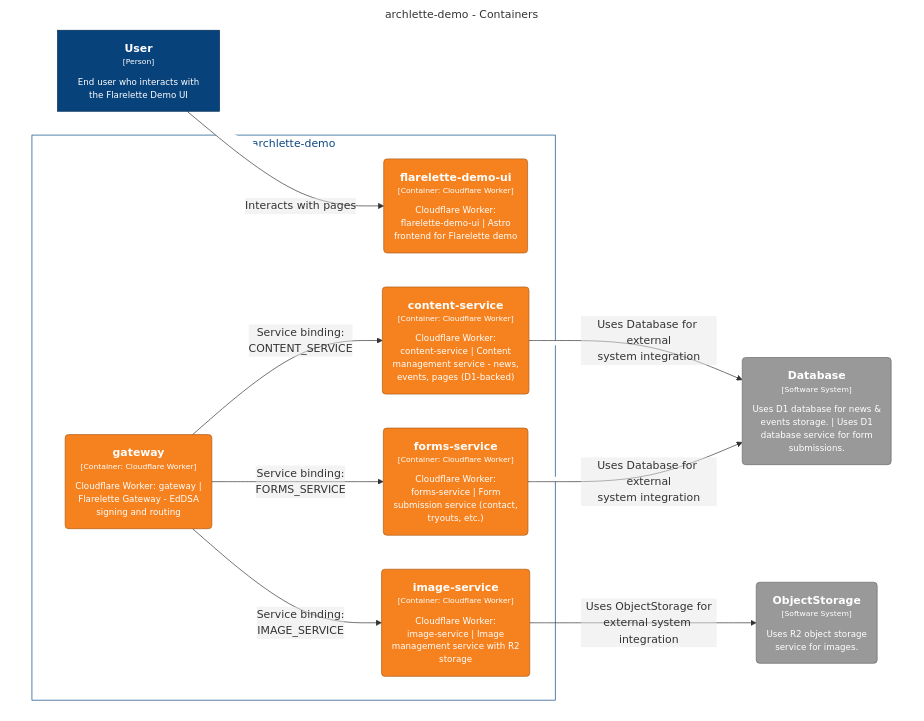
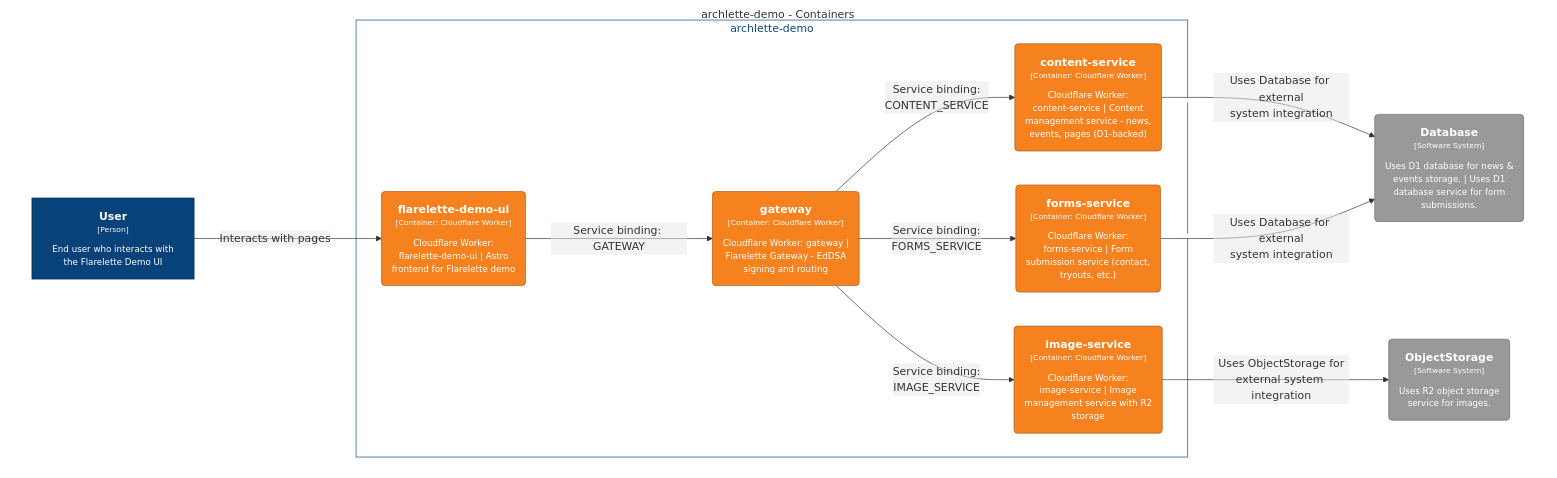
The diagram in docs/architecture/diagrams/mermaid/structurizr-Containers.mmd (chrislyons-dev/flarelette-demo), drawn with Mermaid before and after one commit. The commit also changed 24 other files, not shown here.

```diff
--- a/docs/architecture/diagrams/mermaid/structurizr-Containers.mmd
+++ b/docs/architecture/diagrams/mermaid/structurizr-Containers.mmd
@@ -1,36 +1,37 @@
 graph TB
   linkStyle default fill:#ffffff
 
   subgraph diagram ["archlette-demo - Containers"]
     style diagram fill:#ffffff,stroke:#ffffff
 
     1["<div style='font-weight: bold'>User</div><div style='font-size: 70%; margin-top: 0px'>[Person]</div><div style='font-size: 80%; margin-top:10px'>End user who interacts with<br />the Flarelette Demo UI</div>"]
     style 1 fill:#08427b,stroke:#052e56,color:#ffffff
     2("<div style='font-weight: bold'>Database</div><div style='font-size: 70%; margin-top: 0px'>[Software System]</div><div style='font-size: 80%; margin-top:10px'>Uses D1 database for news &<br />events storage. | Uses D1<br />database service for form<br />submissions.</div>")
     style 2 fill:#999999,stroke:#6b6b6b,color:#ffffff
     3("<div style='font-weight: bold'>ObjectStorage</div><div style='font-size: 70%; margin-top: 0px'>[Software System]</div><div style='font-size: 80%; margin-top:10px'>Uses R2 object storage<br />service for images.</div>")
     style 3 fill:#999999,stroke:#6b6b6b,color:#ffffff
 
     subgraph 4 ["archlette-demo"]
       style 4 fill:#ffffff,stroke:#0b4884,color:#0b4884
 
       19("<div style='font-weight: bold'>content-service</div><div style='font-size: 70%; margin-top: 0px'>[Container: Cloudflare Worker]</div><div style='font-size: 80%; margin-top:10px'>Cloudflare Worker:<br />content-service | Content<br />management service - news,<br />events, pages (D1-backed)</div>")
       style 19 fill:#f6821f,stroke:#ac5b15,color:#ffffff
       25("<div style='font-weight: bold'>forms-service</div><div style='font-size: 70%; margin-top: 0px'>[Container: Cloudflare Worker]</div><div style='font-size: 80%; margin-top:10px'>Cloudflare Worker:<br />forms-service | Form<br />submission service (contact,<br />tryouts, etc.)</div>")
       style 25 fill:#f6821f,stroke:#ac5b15,color:#ffffff
       29("<div style='font-weight: bold'>gateway</div><div style='font-size: 70%; margin-top: 0px'>[Container: Cloudflare Worker]</div><div style='font-size: 80%; margin-top:10px'>Cloudflare Worker: gateway |<br />Flarelette Gateway - EdDSA<br />signing and routing</div>")
       style 29 fill:#f6821f,stroke:#ac5b15,color:#ffffff
       43("<div style='font-weight: bold'>image-service</div><div style='font-size: 70%; margin-top: 0px'>[Container: Cloudflare Worker]</div><div style='font-size: 80%; margin-top:10px'>Cloudflare Worker:<br />image-service | Image<br />management service with R2<br />storage</div>")
       style 43 fill:#f6821f,stroke:#ac5b15,color:#ffffff
       5("<div style='font-weight: bold'>flarelette-demo-ui</div><div style='font-size: 70%; margin-top: 0px'>[Container: Cloudflare Worker]</div><div style='font-size: 80%; margin-top:10px'>Cloudflare Worker:<br />flarelette-demo-ui | Astro<br />frontend for Flarelette demo</div>")
       style 5 fill:#f6821f,stroke:#ac5b15,color:#ffffff
     end
 
+    5-- "<div>Service binding: GATEWAY</div><div style='font-size: 70%'></div>" -->29
     29-- "<div>Service binding:<br />CONTENT_SERVICE</div><div style='font-size: 70%'></div>" -->19
     29-- "<div>Service binding:<br />IMAGE_SERVICE</div><div style='font-size: 70%'></div>" -->43
     29-- "<div>Service binding:<br />FORMS_SERVICE</div><div style='font-size: 70%'></div>" -->25
     1-- "<div>Interacts with pages</div><div style='font-size: 70%'></div>" -->5
     19-- "<div>Uses Database for external<br />system integration</div><div style='font-size: 70%'></div>" -->2
     25-- "<div>Uses Database for external<br />system integration</div><div style='font-size: 70%'></div>" -->2
     43-- "<div>Uses ObjectStorage for<br />external system integration</div><div style='font-size: 70%'></div>" -->3
   end
```
